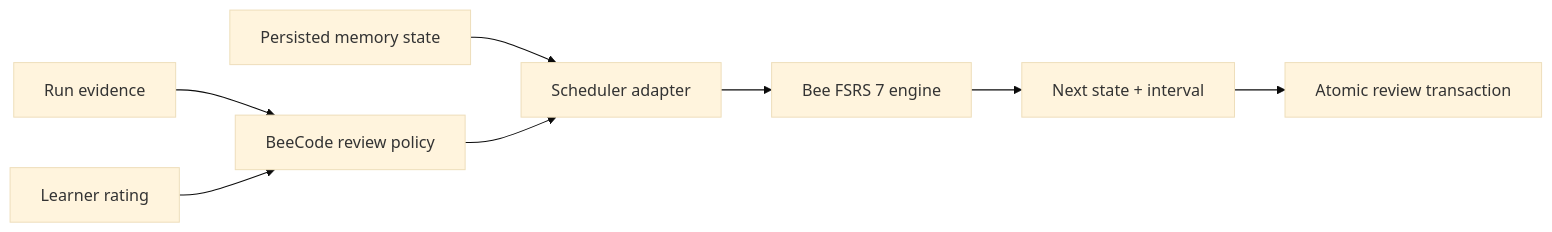
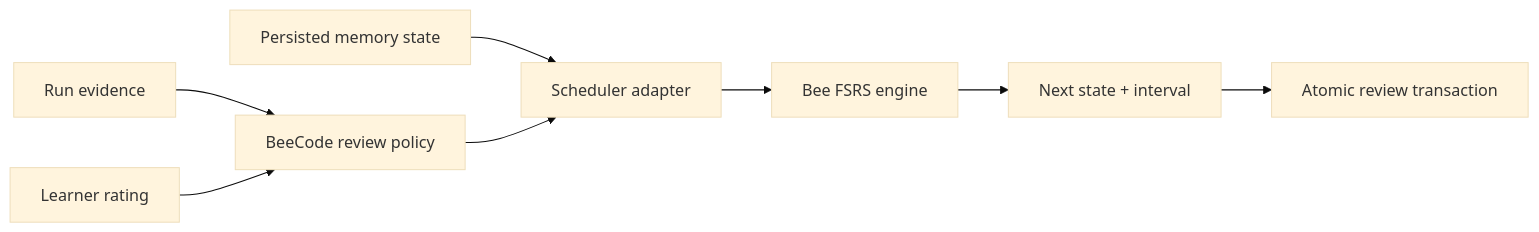
The first of 2 diagrams in goals/04-reviews-and-fsrs.md (bee-san/BeeCode), drawn with Mermaid (base theme) before and after one commit. The commit also changed other lines of this file and 7 other files, not shown here.

````diff
--- a/goals/04-reviews-and-fsrs.md
+++ b/goals/04-reviews-and-fsrs.md
@@ -14,10 +26,10 @@
 ```mermaid
 flowchart LR
     Evidence["Run evidence"] --> Policy["BeeCode review policy"]
     Rating["Learner rating"] --> Policy
     Previous["Persisted memory state"] --> Adapter["Scheduler adapter"]
     Policy --> Adapter
-    Adapter --> Engine["Bee FSRS 7 engine"]
+    Adapter --> Engine["Bee FSRS engine"]
     Engine --> Decision["Next state + interval"]
     Decision --> Transaction["Atomic review transaction"]
 ```
````
